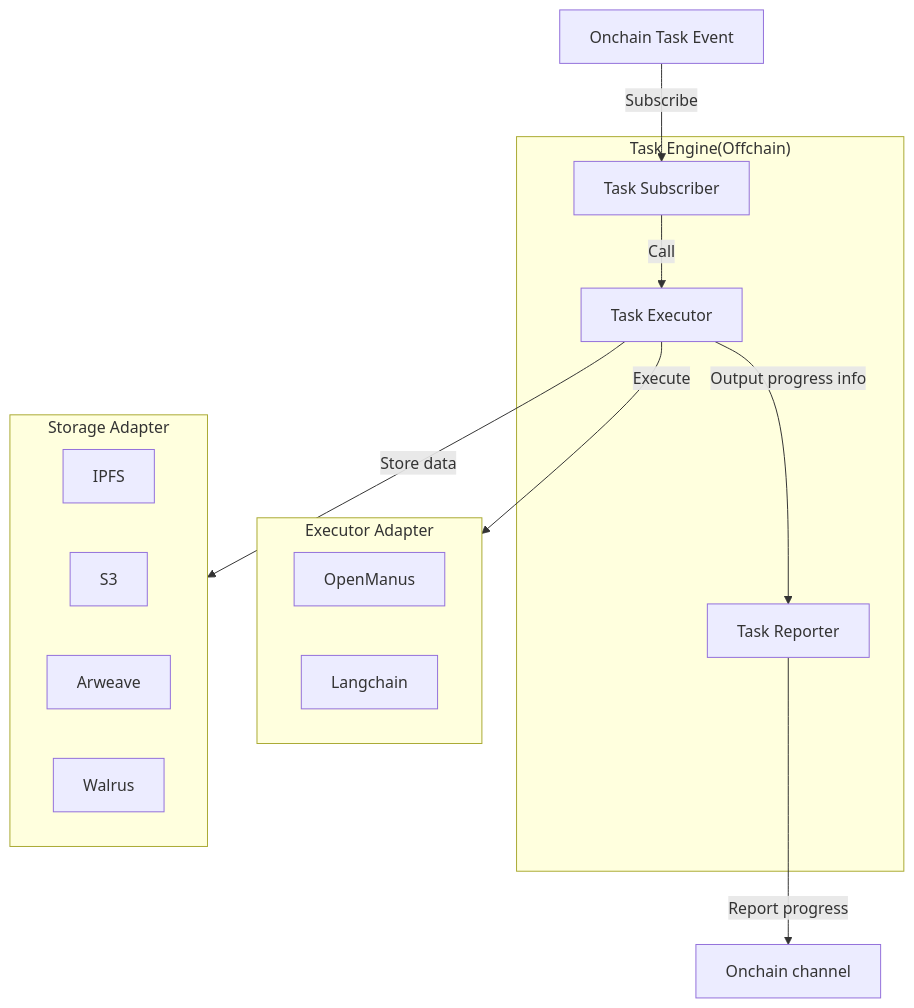
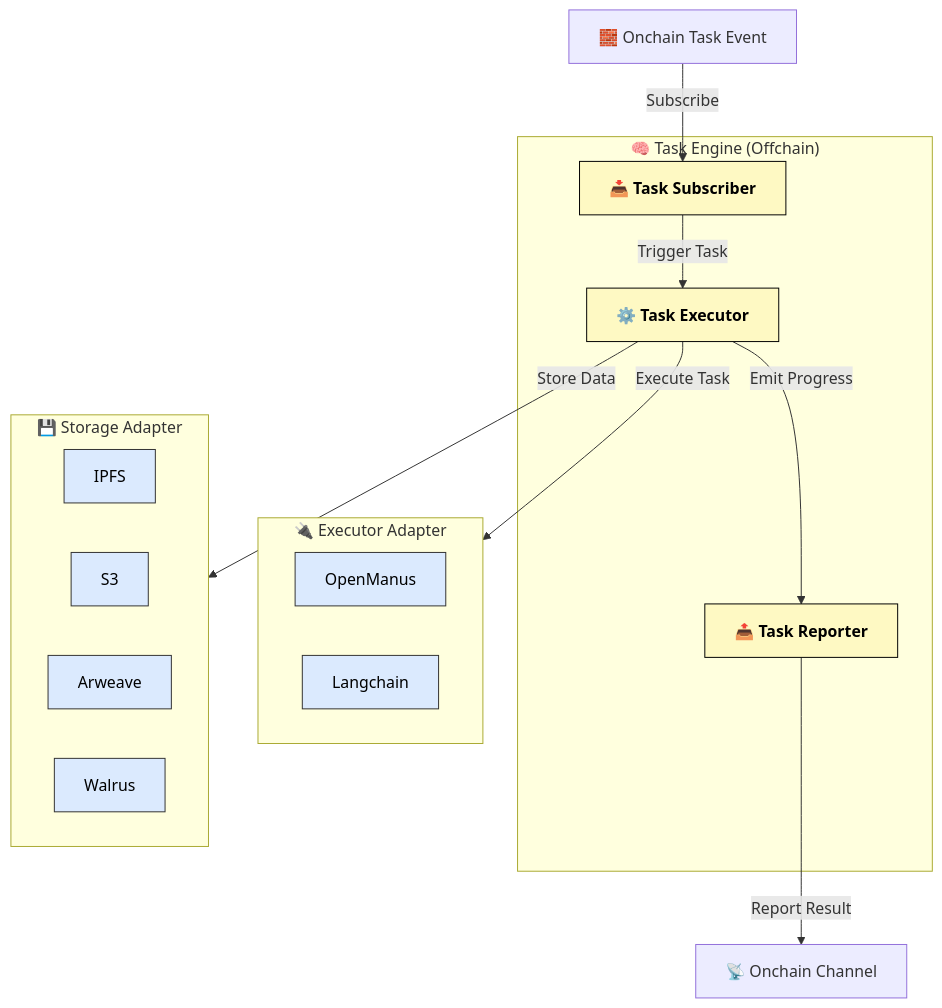
The second of 2 diagrams in README.md (rooch-network/nuwa), drawn with Mermaid before and after one commit. The commit also changed other lines of this file, not shown here.

Commit message:
Update Architecture

````diff
--- a/README.md
+++ b/README.md
@@ -79,28 +79,43 @@
 ```mermaid
-graph TB
-  C1[Onchain Task Event]
-  C2[Onchain channel]
-  subgraph "Task Engine(Offchain)"
-    T1[Task Subscriber]
-    T2[Task Executor]
-    T3[Task Reporter]
+flowchart TD
+
+  %% Trigger
+  TaskEvent[🧱 Onchain Task Event]
+  Channel[📡 Onchain Channel]
+
+  %% Task Engine core
+  subgraph TaskEngine["🧠 Task Engine (Offchain)"]
+    Subscriber[📥 Task Subscriber]
+    Executor[⚙️ Task Executor]
+    Reporter[📤 Task Reporter]
   end
-  subgraph E [Executor Adapter]
-    E1[OpenManus]
-    E2[Langchain]
+
+  %% Executors
+  subgraph Executors["🔌 Executor Adapter"]
+    Manus[OpenManus]
+    Lang[Langchain]
   end
-  subgraph S [Storage Adapter]
+
+  %% Storage
+  subgraph Storage["💾 Storage Adapter"]
     IPFS
     S3
     Arweave
     Walrus
   end
 
-  C1 --> |Subscribe|T1
-  T1 --> |Call|T2
-  T2 --> |Execute|E
-  T2 --> |Store data|S
-  T2 --> |Output progress info|T3
-  T3 --> |Report progress|C2
+  %% Flow connections
+  TaskEvent -->|Subscribe| Subscriber
+  Subscriber -->|Trigger Task| Executor
+  Executor -->|Execute Task| Executors
+  Executor -->|Store Data| Storage
+  Executor -->|Emit Progress| Reporter
+  Reporter -->|Report Result| Channel
+
+  %% Styling
+  classDef core fill:#fef9c3,stroke:#000,color:#000,font-weight:bold;
+  classDef adapter fill:#dbeafe,stroke:#333,color:#000;
+  class Executor,Reporter,Subscriber core;
+  class Manus,Lang,IPFS,S3,Arweave,Walrus adapter;
 
 ```
````
